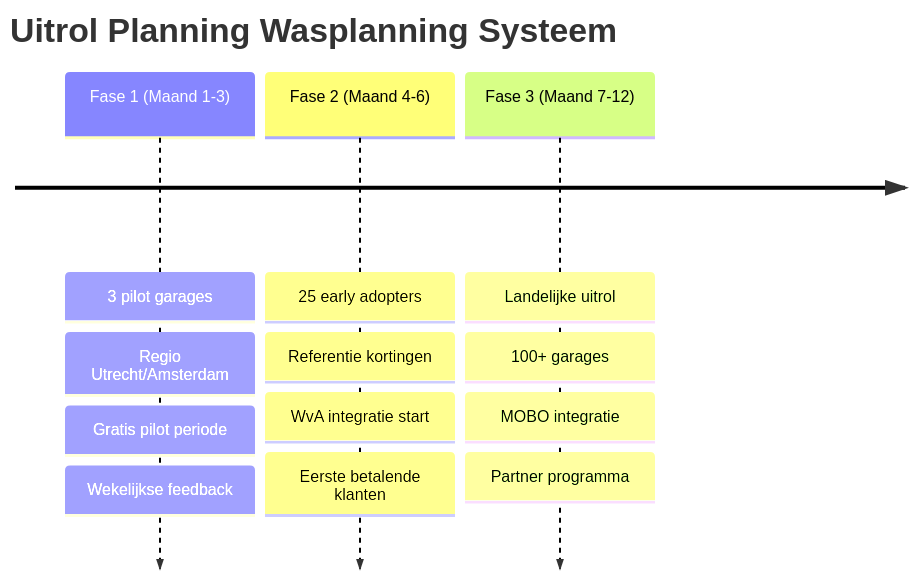
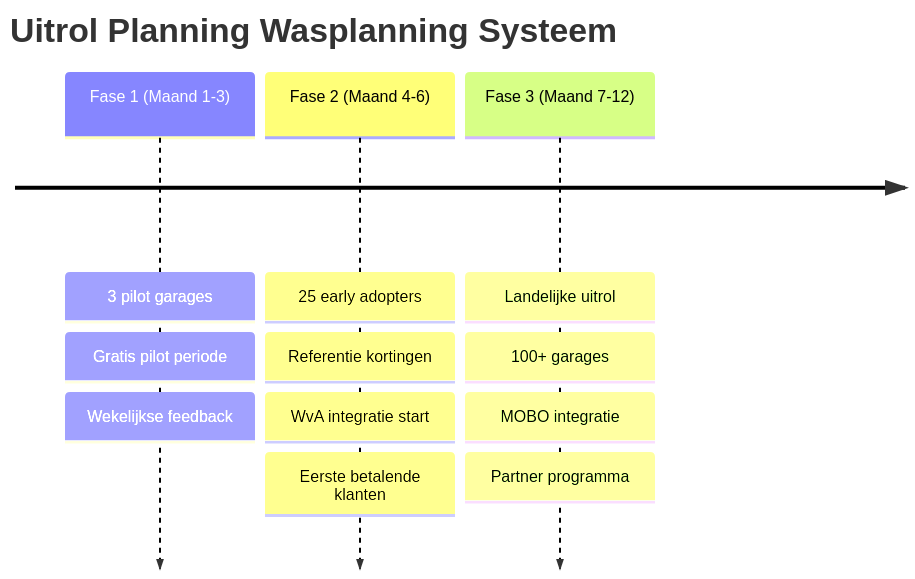
Before and after one commit to WoutPitje/wasplanning: the third of 4 diagrams in wash-planning-system.md, drawn with Mermaid. The commit also changed other lines of this file, not shown here.

````diff
--- a/wash-planning-system.md
+++ b/wash-planning-system.md
@@ -149,22 +149,21 @@
 ```mermaid
 timeline
     title Uitrol Planning Wasplanning Systeem
     
     Fase 1 (Maand 1-3)
         : 3 pilot garages
-        : Regio Utrecht/Amsterdam
         : Gratis pilot periode
         : Wekelijkse feedback
 
     Fase 2 (Maand 4-6)
         : 25 early adopters
         : Referentie kortingen
         : WvA integratie start
         : Eerste betalende klanten
 
     Fase 3 (Maand 7-12)
         : Landelijke uitrol
         : 100+ garages
         : MOBO integratie
         : Partner programma
 ```
````
